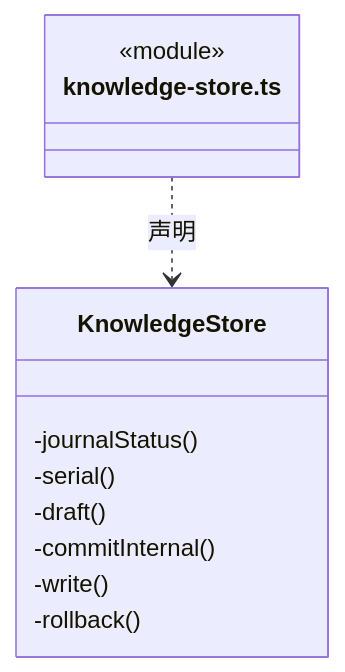
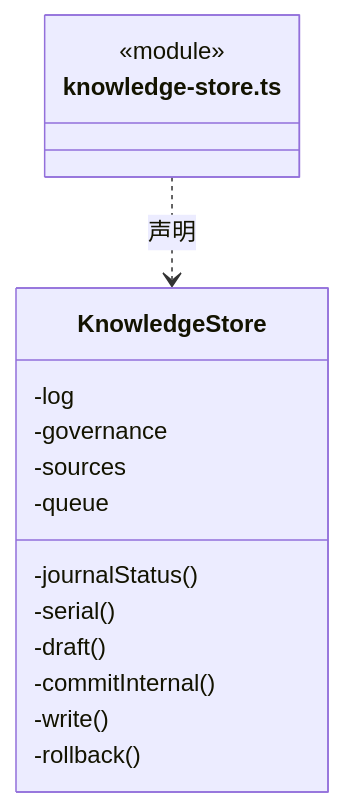
Before and after one commit to nan023062/cbim: the fourth of 9 diagrams in src/backend/main/persistence/knowledge/ARCHITECTURE.md, drawn with Mermaid. The commit also changed other lines of this file and 97 other files, not shown here.

````diff
--- a/src/backend/main/persistence/knowledge/ARCHITECTURE.md
+++ b/src/backend/main/persistence/knowledge/ARCHITECTURE.md
@@ -146,15 +149,19 @@
 ```mermaid
 classDiagram
 class N_src_backend_main_persistence_knowledge_knowledge_store_ts["knowledge-store.ts"] {
   <<module>>
 }
 class N_src_backend_main_persistence_knowledge_knowledge_store_ts_KnowledgeStore["KnowledgeStore"] {
+  -log
+  -governance
+  -sources
+  -queue
   -journalStatus()
   -serial()
   -draft()
   -commitInternal()
   -write()
   -rollback()
 }
 N_src_backend_main_persistence_knowledge_knowledge_store_ts ..> N_src_backend_main_persistence_knowledge_knowledge_store_ts_KnowledgeStore : 声明
 ```
````
